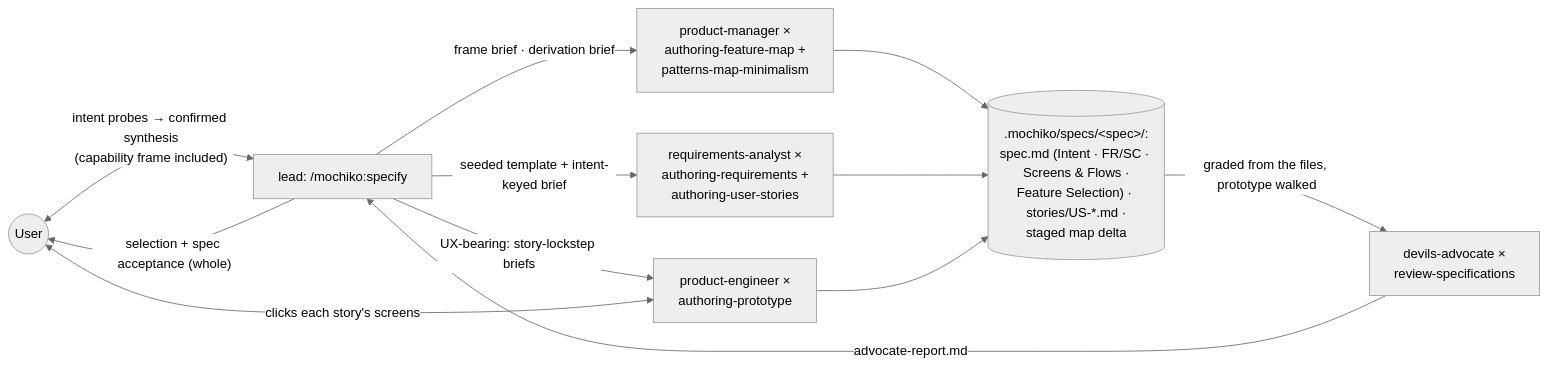
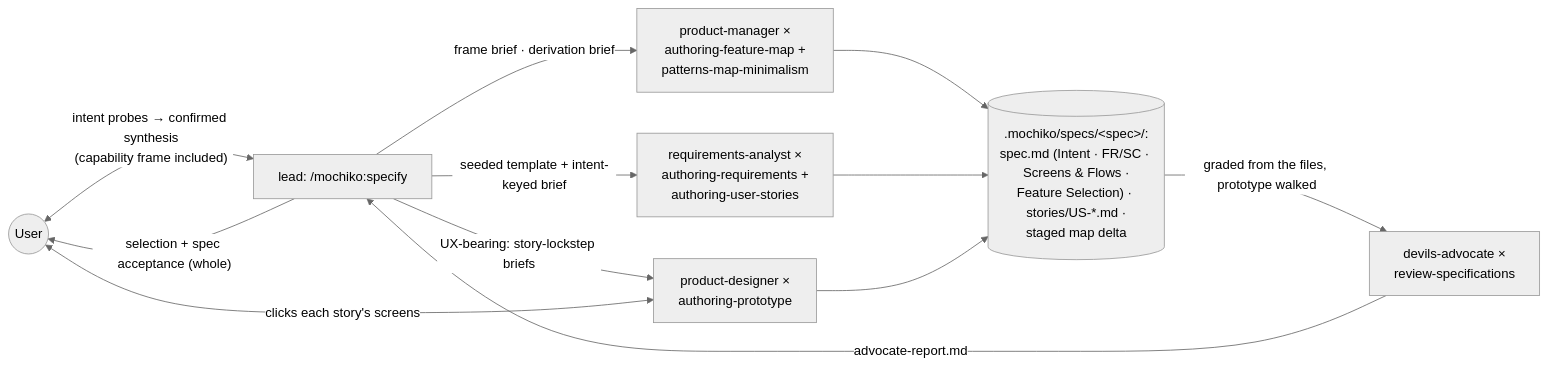
The fifth of 6 diagrams in ARCHITECTURE.md (humaninloop-dev/mochiko), drawn with Mermaid (neutral theme) before and after one commit. The commit also changed other lines of this file and 111 other files, not shown here.

````diff
--- a/ARCHITECTURE.md
+++ b/ARCHITECTURE.md
@@ -210,19 +210,19 @@
 ```mermaid
 flowchart LR
   user(("User"))
   lead["lead: /mochiko:specify"]
   pm["product-manager ×<br/>authoring-feature-map +<br/>patterns-map-minimalism"]
   producer["requirements-analyst ×<br/>authoring-requirements +<br/>authoring-user-stories"]
-  proto["product-engineer ×<br/>authoring-prototype"]
+  proto["product-designer ×<br/>authoring-prototype"]
   critic["devils-advocate ×<br/>review-specifications"]
   user <-->|"intent probes → confirmed synthesis<br/>(capability frame included)"| lead
   lead -->|"frame brief · derivation brief"| pm
   lead -->|"seeded template + intent-keyed brief"| producer
   lead -->|"UX-bearing: story-lockstep briefs"| proto
   pm --> spec[(".mochiko/specs/&lt;spec&gt;/:<br/>spec.md (Intent · FR/SC · Screens &amp; Flows ·<br/>Feature Selection) · stories/US-*.md ·<br/>staged map delta")]
   producer --> spec
   proto --> spec
   user <-->|"clicks each story's screens"| proto
   spec -->|"graded from the files, prototype walked"| critic -->|"advocate-report.md"| lead
   lead -->|"selection + spec acceptance (whole)"| user
 ```
````
